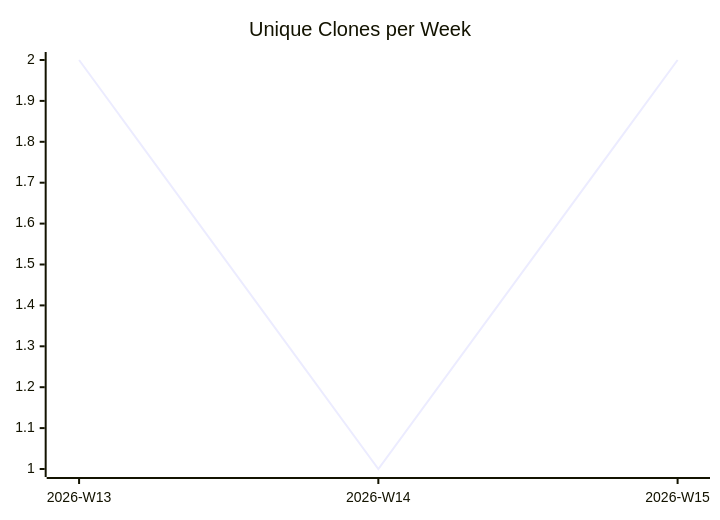
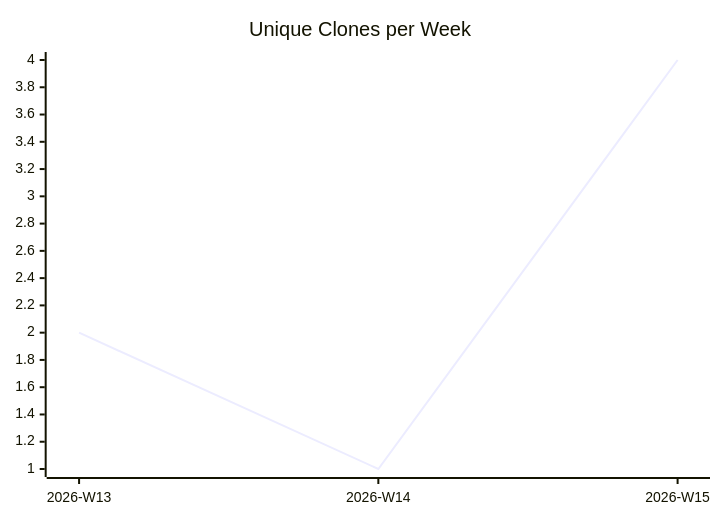
Before and after one commit to justdavis-family/github-analytics-data: the third of 3 diagrams in karlmdavis/m2e-core/README.md, drawn with Mermaid. The commit also changed other lines of this file and 191 other files, not shown here.

````diff
--- a/karlmdavis/m2e-core/README.md
+++ b/karlmdavis/m2e-core/README.md
@@ -19,6 +19,6 @@
 ```mermaid
 xychart-beta
   title "Unique Clones per Week"
   x-axis ["2026-W13", "2026-W14", "2026-W15"]
-  line [2, 1, 2]
+  line [2, 1, 4]
 ```
````
